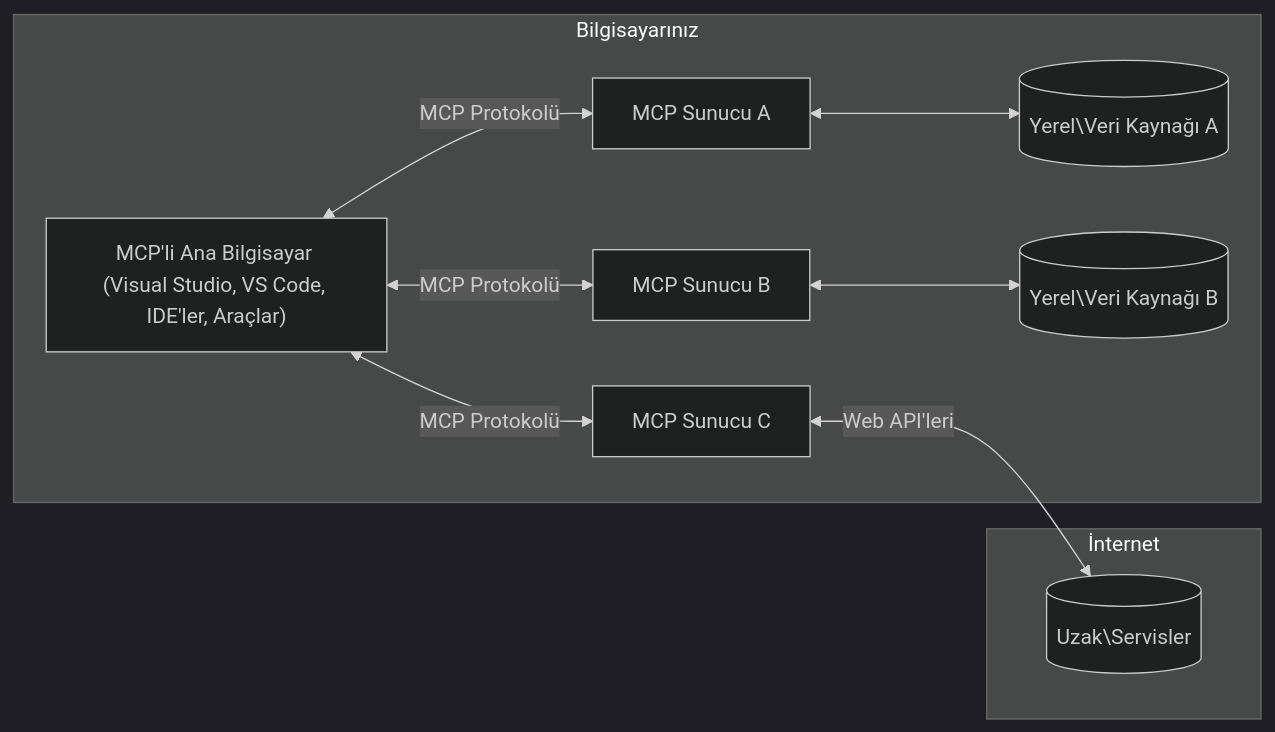
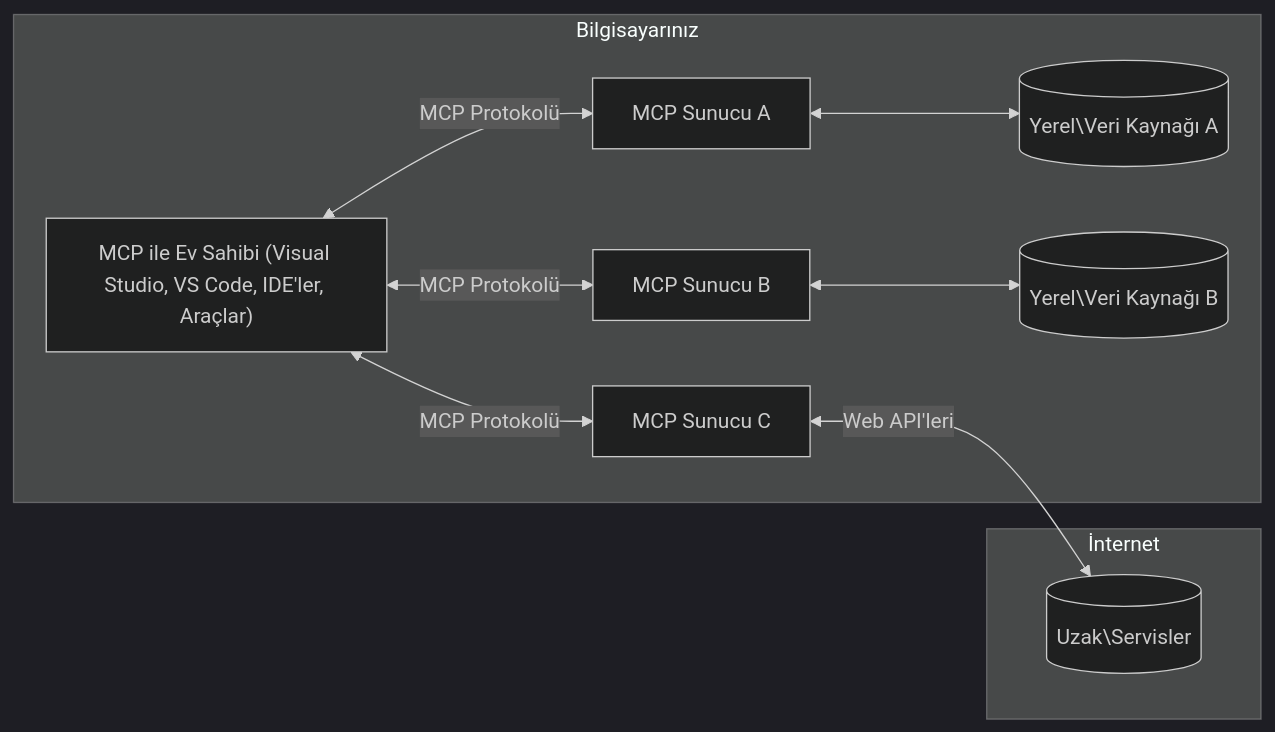
The diagram in translations/tr/01-CoreConcepts/README.md (Mu-L/mcp-for-beginners), drawn with Mermaid (dark theme) before and after one commit. The commit also changed other lines of this file and 5 other files, not shown here.

````diff
--- a/translations/tr/01-CoreConcepts/README.md
+++ b/translations/tr/01-CoreConcepts/README.md
@@ -42,17 +45,17 @@
 ```mermaid
 flowchart LR
     subgraph "Bilgisayarınız"
-        Host["MCP'li Ana Bilgisayar (Visual Studio, VS Code, IDE'ler, Araçlar)"]
+        Host["MCP ile Ev Sahibi (Visual Studio, VS Code, IDE'ler, Araçlar)"]
         S1["MCP Sunucu A"]
         S2["MCP Sunucu B"]
         S3["MCP Sunucu C"]
         Host <-->|"MCP Protokolü"| S1
         Host <-->|"MCP Protokolü"| S2
         Host <-->|"MCP Protokolü"| S3
         S1 <--> D1[("Yerel\Veri Kaynağı A")]
         S2 <--> D2[("Yerel\Veri Kaynağı B")]
     end
     subgraph "İnternet"
         S3 <-->|"Web API'leri"| D3[("Uzak\Servisler")]
     end
 ```
````
